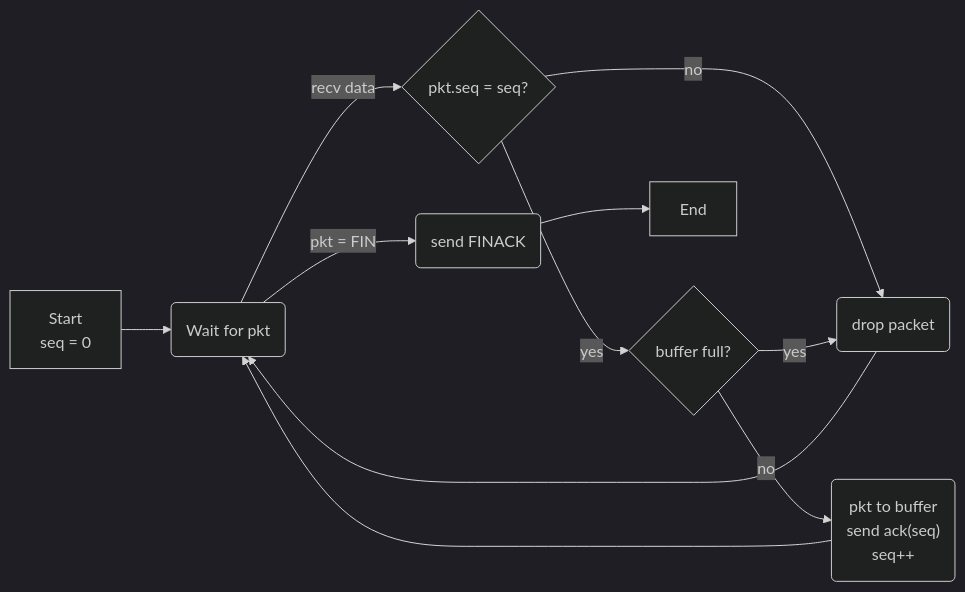
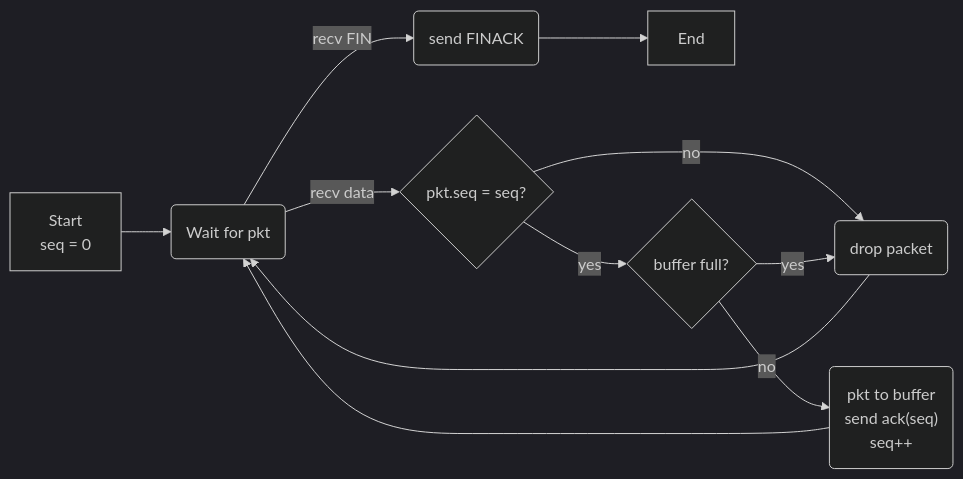
One commit to henlium/CN_HW2_2017 changed the third of 3 diagrams in report.md. Above: the diagram before and after it, drawn with Mermaid (dark theme). The commit also changed other lines of this file and 1 other file, not shown here.

````diff
--- a/report.md
+++ b/report.md
@@ -73,13 +74,13 @@
   ```mermaid
   graph LR
   S[Start<br>seq = 0]-->A(Wait for pkt)
+  A-->|recv FIN|E(send FINACK)
+  E-->End
   A-->|recv data|F{pkt.seq = seq?}
   F-->|yes|B{buffer full?}
   F-->|no|C
   B-->|yes|C(drop packet)
   C-->A
   B-->|no|D("pkt to buffer<br>send ack(seq)<br>seq++")
   D-->A
-  A-->|pkt = FIN|E(send FINACK)
-  E-->End
   ```
````
